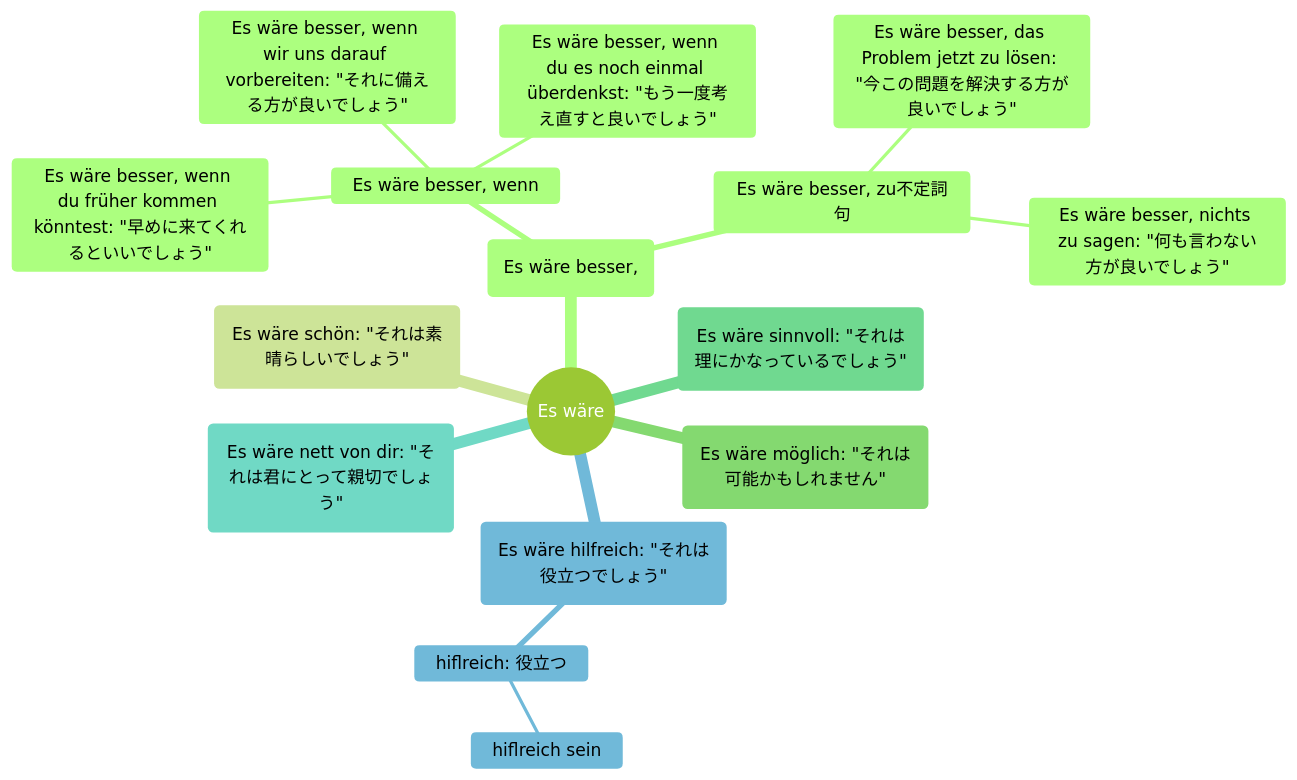
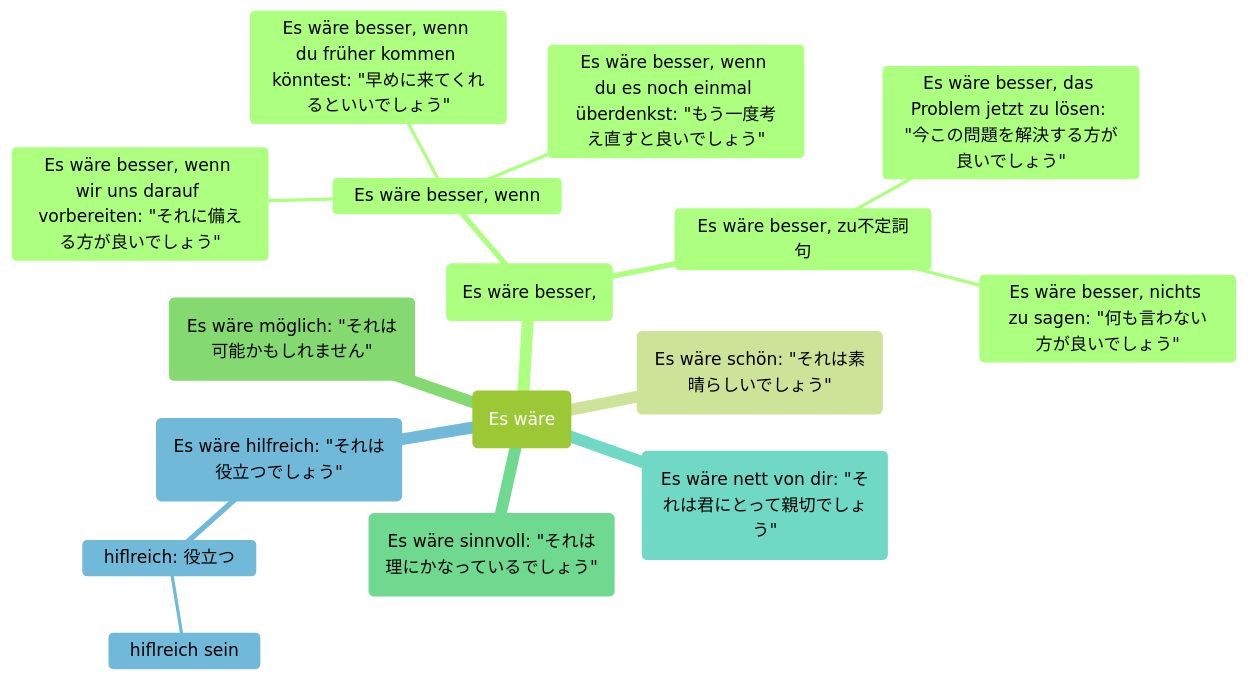
Before and after one commit to hyonsoku/mindmap: the third of 4 diagrams in Dutesch/deutsch.md, drawn with Mermaid (forest theme). The commit also changed other lines of this file and 4 other files, not shown here.

````diff
--- a/Dutesch/deutsch.md
+++ b/Dutesch/deutsch.md
@@ -35,19 +35,19 @@
 ```mermaid
 mindmap
-  root((Es wäre))
+  root(Es wäre)
     (Es wäre besser,)
         Es wäre besser, wenn
             Es wäre besser, wenn du früher kommen könntest: "早めに来てくれるといいでしょう"
             Es wäre besser, wenn wir uns darauf vorbereiten: "それに備える方が良いでしょう"
             Es wäre besser, wenn du es noch einmal überdenkst: "もう一度考え直すと良いでしょう"
         Es wäre besser, zu不定詞句
             Es wäre besser, das Problem jetzt zu lösen: "今この問題を解決する方が良いでしょう"
             Es wäre besser, nichts zu sagen: "何も言わない方が良いでしょう"
     (Es wäre schön: "それは素晴らしいでしょう")
     (Es wäre möglich: "それは可能かもしれません")
     (Es wäre sinnvoll: "それは理にかなっているでしょう")
     (Es wäre nett von dir: "それは君にとって親切でしょう")
     (Es wäre hilfreich: "それは役立つでしょう")
             hiflreich: 役立つ
                 hiflreich sein
 ```
````
